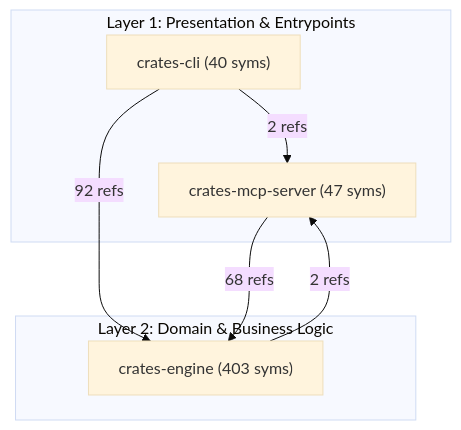
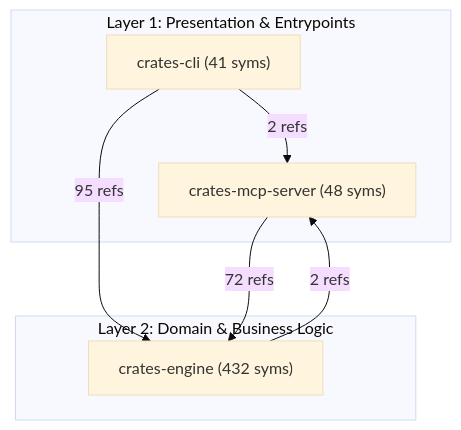
Before and after one commit to MatinBodaghi/repotrim: the diagram in docs/ARCHITECTURE.md, drawn with Mermaid (base theme). The commit also changed other lines of this file and 7 other files, not shown here.

First line of the commit message:
feat: Expose MCKP joint LOD in CLI and MCP

````diff
--- a/docs/ARCHITECTURE.md
+++ b/docs/ARCHITECTURE.md
@@ -21,16 +21,16 @@
 ```mermaid
 flowchart TD
     subgraph Presentation["Layer 1: Presentation & Entrypoints"]
-        subsys_crates_mcp_server["crates-mcp-server (47 syms)"]
-        subsys_crates_cli["crates-cli (40 syms)"]
+        subsys_crates_mcp_server["crates-mcp-server (48 syms)"]
+        subsys_crates_cli["crates-cli (41 syms)"]
     end
 
     subgraph Domain["Layer 2: Domain & Business Logic"]
-        subsys_crates_engine["crates-engine (403 syms)"]
+        subsys_crates_engine["crates-engine (432 syms)"]
     end
 
-    subsys_crates_mcp_server -->|"68 refs"| subsys_crates_engine
-    subsys_crates_cli -->|"92 refs"| subsys_crates_engine
+    subsys_crates_mcp_server -->|"72 refs"| subsys_crates_engine
+    subsys_crates_cli -->|"95 refs"| subsys_crates_engine
     subsys_crates_cli -->|"2 refs"| subsys_crates_mcp_server
     subsys_crates_engine -->|"2 refs"| subsys_crates_mcp_server
 ```
````
